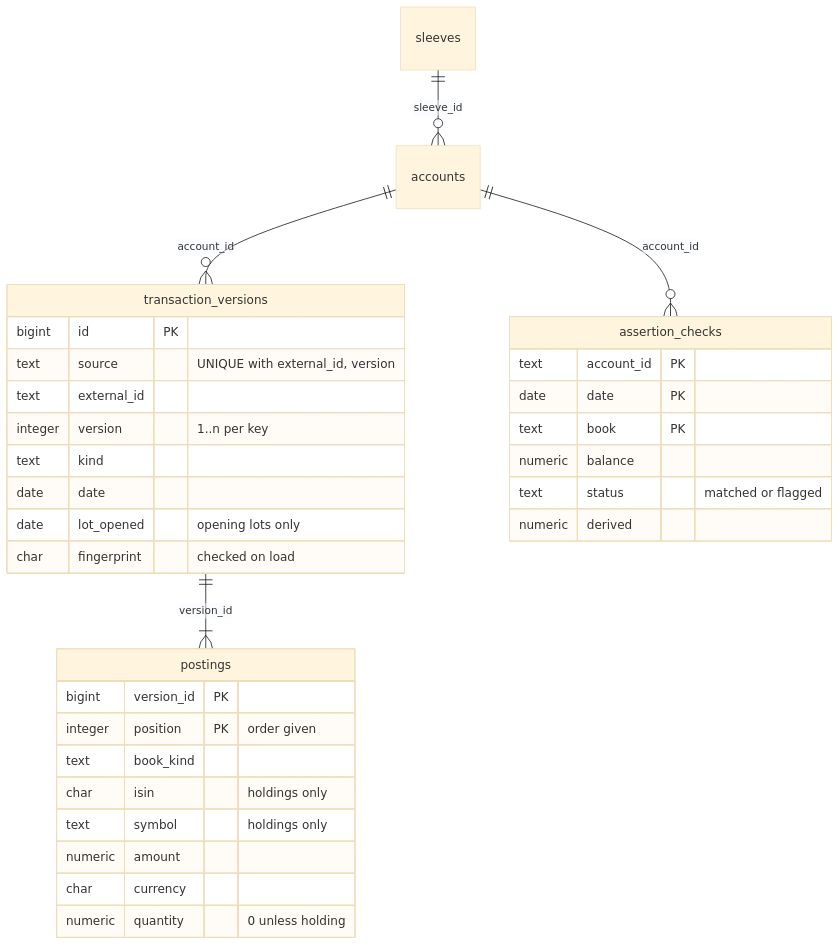
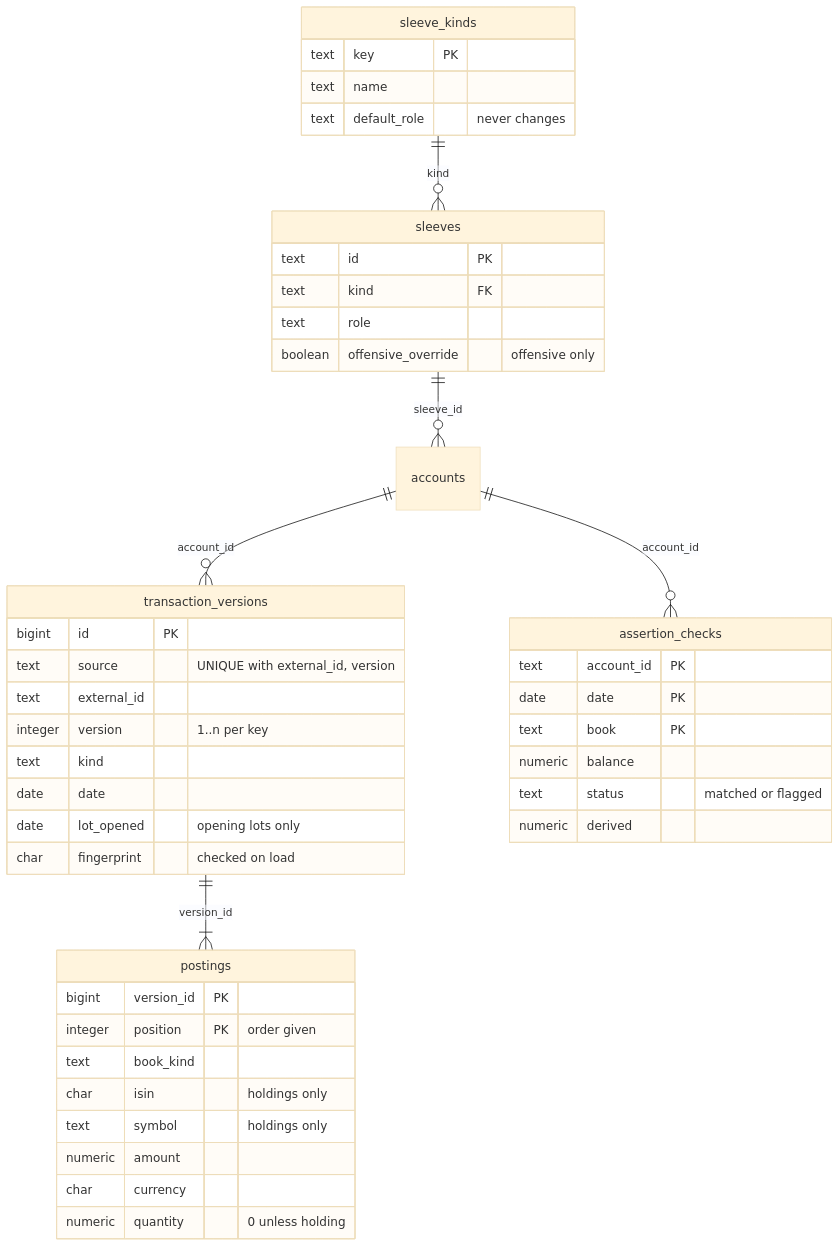
One commit to arkadiuss/openfief changed the fourth of 4 diagrams in docs/concepts/ledger.md. Above: the diagram before and after it, drawn with Mermaid (base theme). The commit also changed other lines of this file and 3 other files, not shown here.

First line of the commit message:
docs: architecture, ledger, ingest and valuation pages for main's latest

````diff
--- a/docs/concepts/ledger.md
+++ b/docs/concepts/ledger.md
@@ -181,35 +183,47 @@
 ```mermaid
 erDiagram
+  sleeve_kinds ||--o{ sleeves : "kind"
   sleeves ||--o{ accounts : "sleeve_id"
   accounts ||--o{ transaction_versions : "account_id"
   transaction_versions ||--|{ postings : "version_id"
   accounts ||--o{ assertion_checks : "account_id"
+  sleeve_kinds {
+    text key PK
+    text name
+    text default_role "never changes"
+  }
+  sleeves {
+    text id PK
+    text kind FK
+    text role
+    boolean offensive_override "offensive only"
+  }
   transaction_versions {
     bigint id PK
     text source "UNIQUE with external_id, version"
     text external_id
     integer version "1..n per key"
     text kind
     date date
     date lot_opened "opening lots only"
     char fingerprint "checked on load"
   }
   postings {
     bigint version_id PK
     integer position PK "order given"
     text book_kind
     char isin "holdings only"
     text symbol "holdings only"
     numeric amount
     char currency
     numeric quantity "0 unless holding"
   }
   assertion_checks {
     text account_id PK
     date date PK
     text book PK
     numeric balance
     text status "matched or flagged"
     numeric derived
   }
 ```
````
